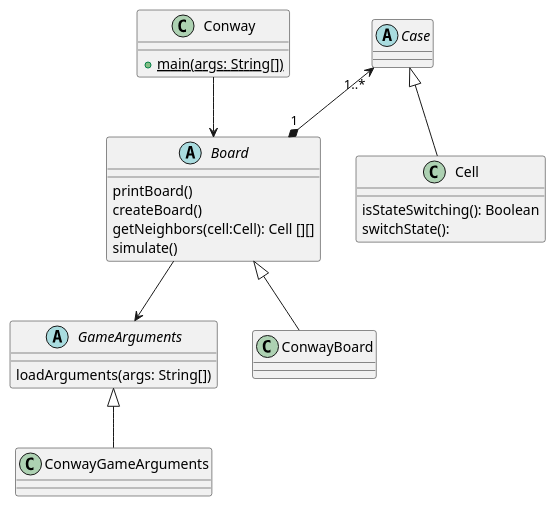
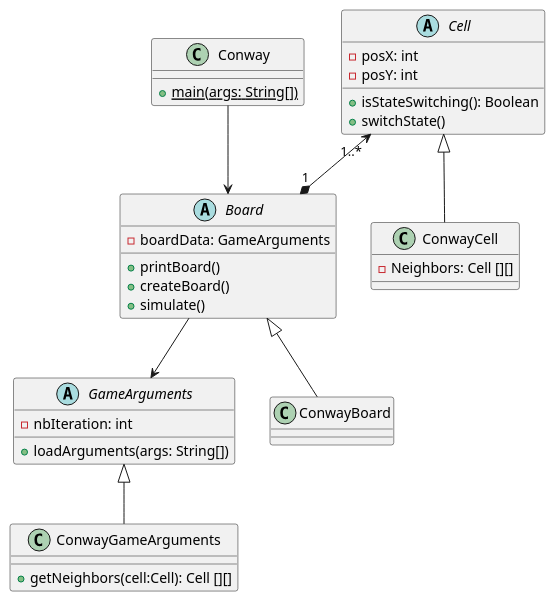
One commit to Sileye54/Conway-Game-of-Life changed the diagram in _models/class_diagram.puml. Above: the diagram before and after it, drawn with PlantUML. The commit also changed 1 other file, not shown here.

```diff
--- a/_models/class_diagram.puml
+++ b/_models/class_diagram.puml
@@ -1,41 +1,45 @@
 @startuml
 
 class Conway {
 	+ {static} main(args: String[])
 }
 
-abstract Case{
-
+abstract Cell{
+	-posX: int
+	-posY: int
+	+isStateSwitching(): Boolean
+	+switchState()
+	
 }
 abstract GameArguments{
-	loadArguments(args: String[])
+	-nbIteration: int
+	+loadArguments(args: String[])
 }
 
 abstract Board{
-	printBoard()
-	createBoard()
-	getNeighbors(cell:Cell): Cell [][]
-	simulate()
+	-boardData: GameArguments
+	+printBoard()
+	+createBoard()
+	+simulate()
 }
 
 
-class Cell{
-	isStateSwitching(): Boolean
-	switchState(): 
+class ConwayCell{
+	-Neighbors: Cell [][]
 }
 
 class ConwayGameArguments{
-
+	+getNeighbors(cell:Cell): Cell [][]
 }
 
 class ConwayBoard{
 
 }
-Case <|-- Cell
+Cell <|-- ConwayCell
 GameArguments <|-- ConwayGameArguments
 Board <|-- ConwayBoard
-Case"1..*"<--* "1" Board
+Cell"1..*"<--* "1" Board
 Board --> GameArguments
 Conway --> Board
 
 @enduml
```
